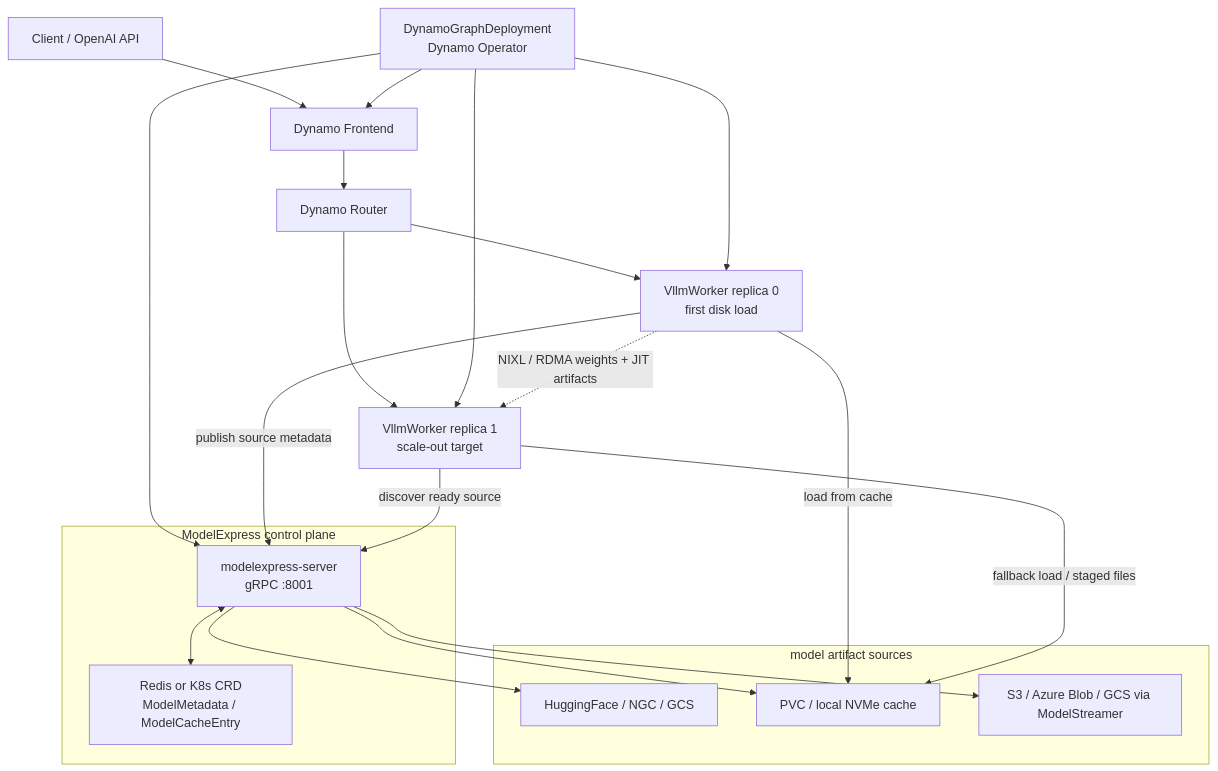
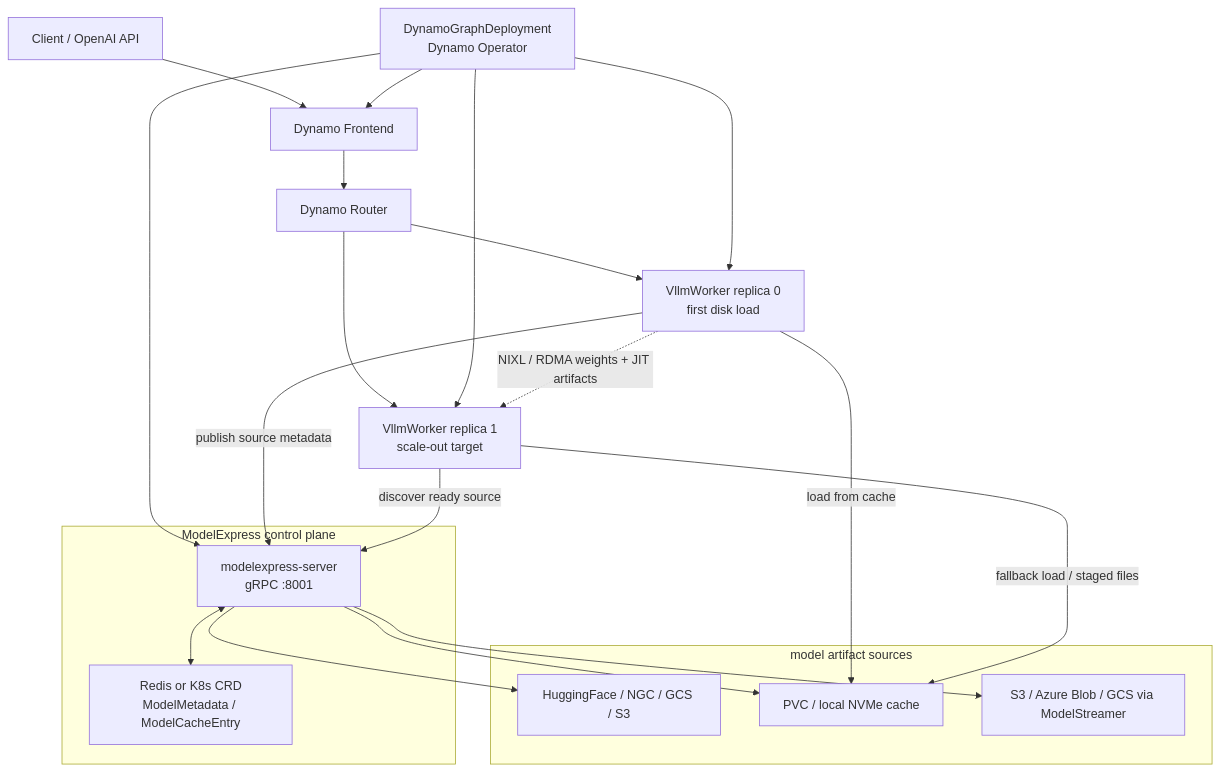
One commit to kebyn/AI-Infrastructure changed diagram 11 of 11 in Dynamo-Deep-Dive.md. Above: the diagram before and after it, drawn with Mermaid. The commit also changed other lines of this file and 1 other file, not shown here.

````diff
--- a/Dynamo-Deep-Dive.md
+++ b/Dynamo-Deep-Dive.md
@@ -1523,33 +1539,33 @@
 ```mermaid
 flowchart TB
     Client["Client / OpenAI API"] --> FE["Dynamo Frontend"]
     FE --> Router["Dynamo Router"]
     Router --> W0["VllmWorker replica 0<br/>first disk load"]
     Router --> W1["VllmWorker replica 1<br/>scale-out target"]
 
     DGD["DynamoGraphDeployment<br/>Dynamo Operator"] --> FE
     DGD --> W0
     DGD --> W1
     DGD --> MX
 
     subgraph MXPlane["ModelExpress control plane"]
         MX["modelexpress-server<br/>gRPC :8001"]
         Meta["Redis or K8s CRD<br/>ModelMetadata / ModelCacheEntry"]
     end
 
     subgraph Storage["model artifact sources"]
-        HF["HuggingFace / NGC / GCS"]
+        HF["HuggingFace / NGC / GCS / S3"]
         PVC["PVC / local NVMe cache"]
         OBJ["S3 / Azure Blob / GCS via ModelStreamer"]
     end
 
     MX <--> Meta
     MX --> HF
     MX --> PVC
     MX --> OBJ
     W0 -->|"publish source metadata"| MX
     W1 -->|"discover ready source"| MX
     W0 -.->|"NIXL / RDMA weights + JIT artifacts"| W1
     W0 -->|"load from cache"| PVC
     W1 -->|"fallback load / staged files"| PVC
 ```
````
